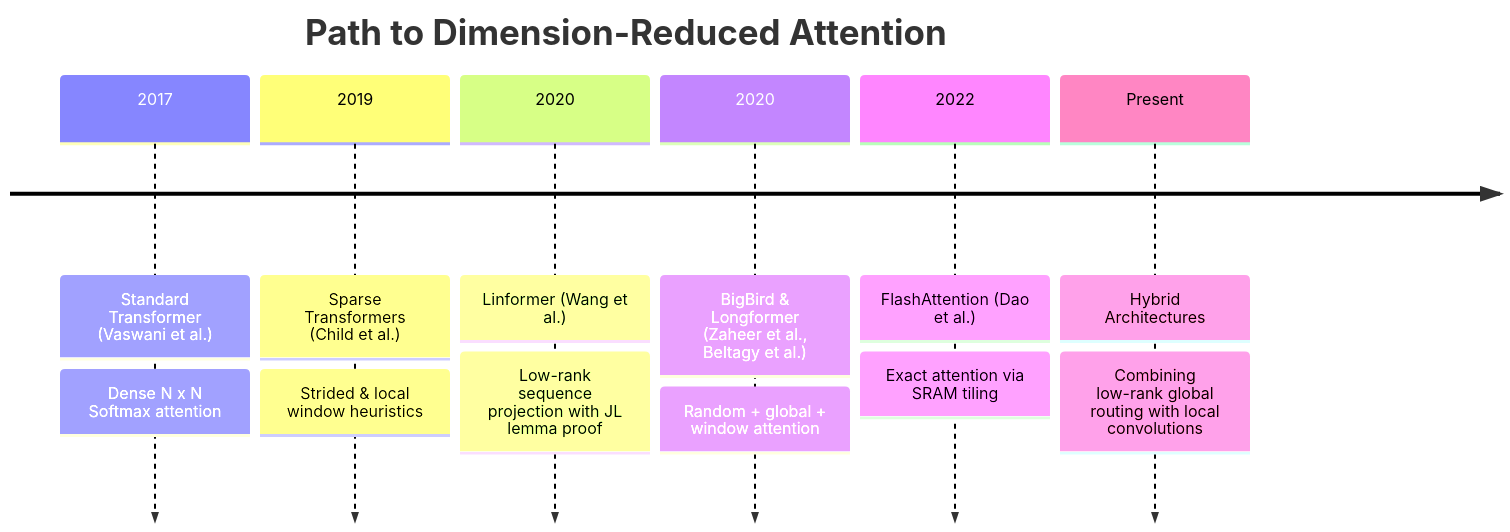
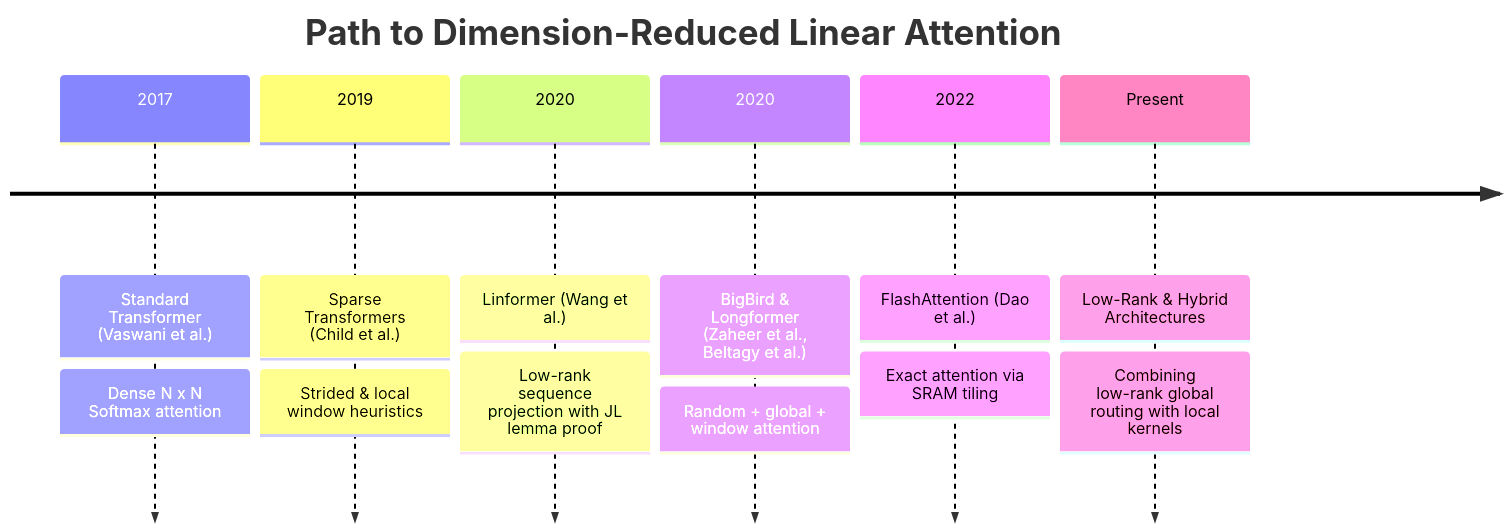
Before and after one commit to tahamajs/NeuralOps: the first of 2 diagrams in Docs/content/attentions_blog/linformer_attention_blog.md, drawn with Mermaid. The commit also changed other lines of this file and 1 other file, not shown here.

````diff
--- a/Docs/content/attentions_blog/linformer_attention_blog.md
+++ b/Docs/content/attentions_blog/linformer_attention_blog.md
@@ -82,10 +82,10 @@
 ```mermaid
 timeline
-    title Path to Dimension-Reduced Attention
+    title Path to Dimension-Reduced Linear Attention
     2017 : Standard Transformer (Vaswani et al.) : Dense N x N Softmax attention
     2019 : Sparse Transformers (Child et al.) : Strided & local window heuristics
     2020 : Linformer (Wang et al.) : Low-rank sequence projection with JL lemma proof
     2020 : BigBird & Longformer (Zaheer et al., Beltagy et al.) : Random + global + window attention
     2022 : FlashAttention (Dao et al.) : Exact attention via SRAM tiling
-    Present : Hybrid Architectures : Combining low-rank global routing with local convolutions
+    Present : Low-Rank & Hybrid Architectures : Combining low-rank global routing with local kernels
 ```
````
